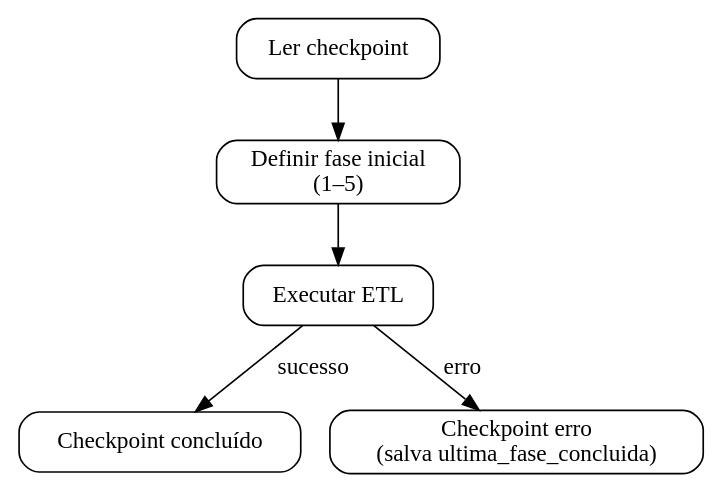
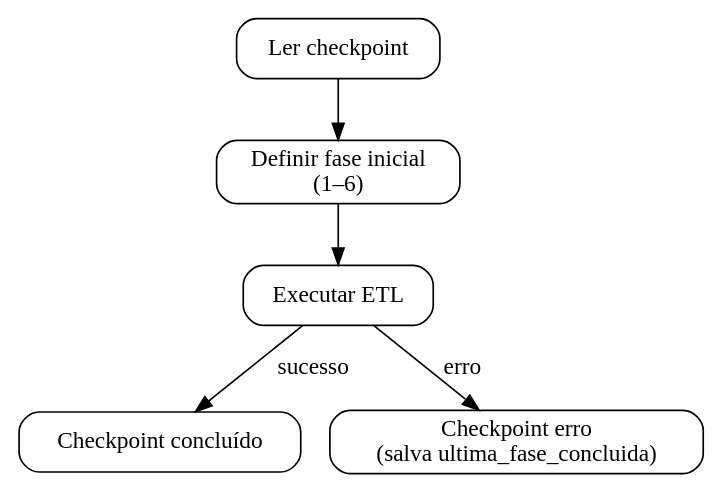
The diagram in docs/dominios/pedagogico/retomada.md (prefeiturasp/SME-IntegracaoEOL-MS-ETL), drawn with Graphviz before and after one commit. The commit also changed other lines of this file and 22 other files, not shown here.

````diff
--- a/docs/dominios/pedagogico/retomada.md
+++ b/docs/dominios/pedagogico/retomada.md
@@ -28,16 +28,16 @@
 ```{graphviz}
 digraph G {
     rankdir=TB;
     node [shape=box, style="rounded"];
 
     CP [label="Ler checkpoint"];
-    DEC [label="Definir fase inicial\n(1–5)"];
+    DEC [label="Definir fase inicial\n(1–6)"];
     RUN [label="Executar ETL"];
     OK [label="Checkpoint concluído"];
     ER [label="Checkpoint erro\n(salva ultima_fase_concluida)"];
 
     CP -> DEC -> RUN;
     RUN -> OK [label="sucesso"];
     RUN -> ER [label="erro"];
 }
 ```
````
